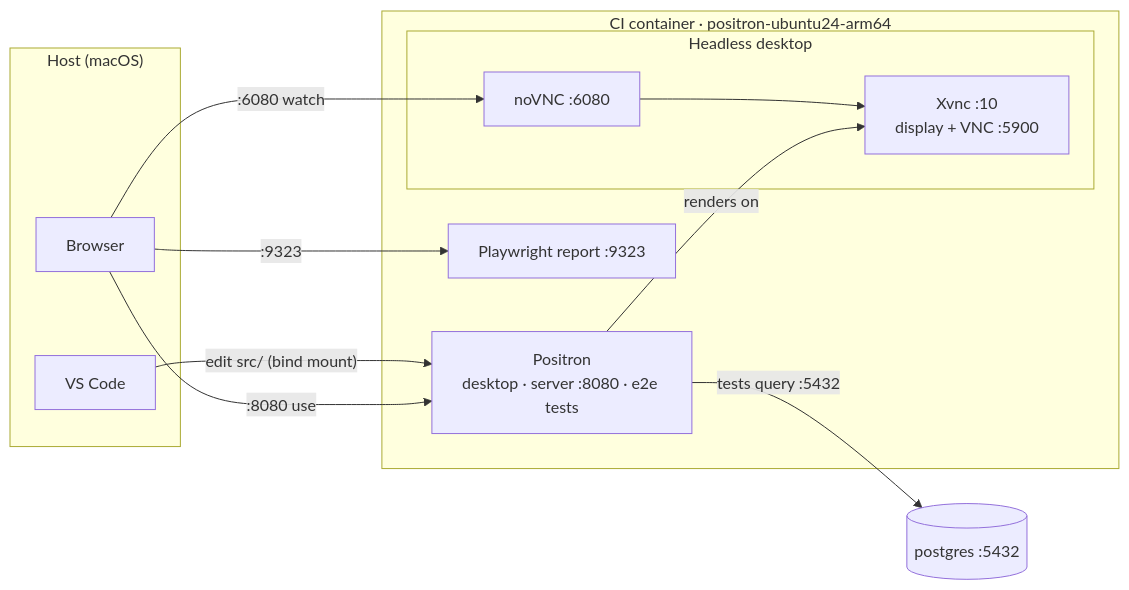
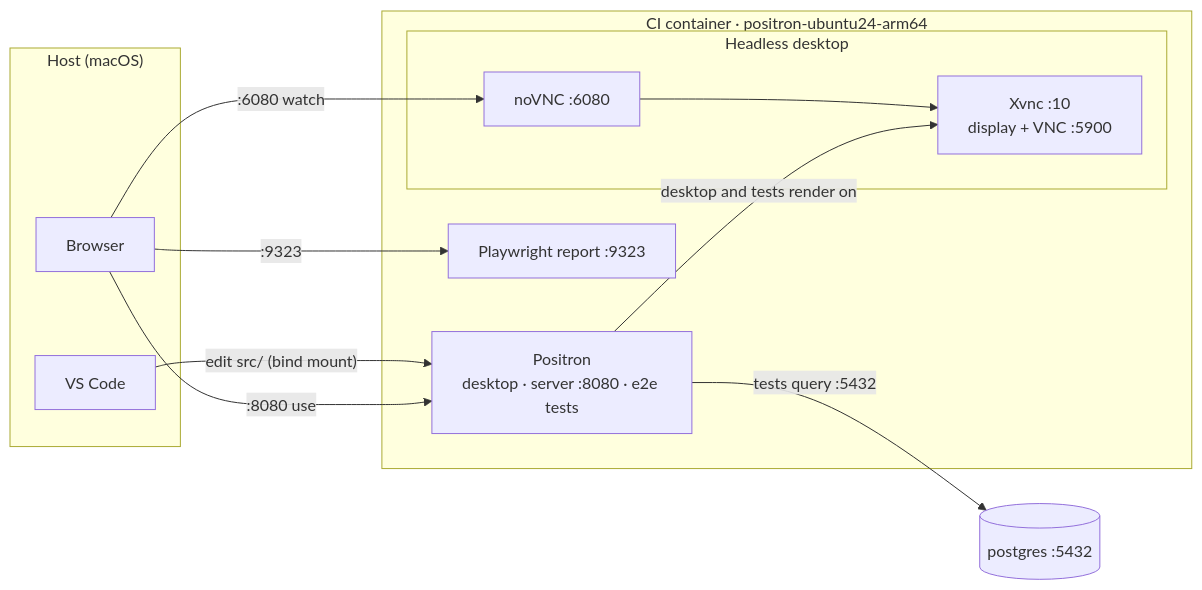
One commit to posit-dev/positron changed the diagram in .devcontainer/ci-arm/README.md. Above: the diagram before and after it, drawn with Mermaid. The commit also changed other lines of this file and 2 other files, not shown here.

First line of the commit message:
ci-arm: diagram accuracy + first-setup reload prompt

````diff
--- a/.devcontainer/ci-arm/README.md
+++ b/.devcontainer/ci-arm/README.md
@@ -147,22 +147,22 @@
 ```mermaid
 flowchart LR
     subgraph host["Host (macOS)"]
         code["VS Code"]
         web["Browser"]
     end
     subgraph ctr["CI container · positron-ubuntu24-arm64"]
         pos["Positron<br/>desktop · server :8080 · e2e tests"]
         subgraph disp["Headless desktop"]
             nov["noVNC :6080"] --> xvnc["Xvnc :10<br/>display + VNC :5900"]
         end
         rep["Playwright report :9323"]
     end
     pg[("postgres :5432")]
 
     code -->|"edit src/ (bind mount)"| pos
-    pos -->|"renders on"| xvnc
+    pos -->|"desktop and tests render on"| xvnc
     web -->|":6080 watch"| nov
     web -->|":8080 use"| pos
     web -->|":9323"| rep
     pos -->|"tests query :5432"| pg
 ```
````
